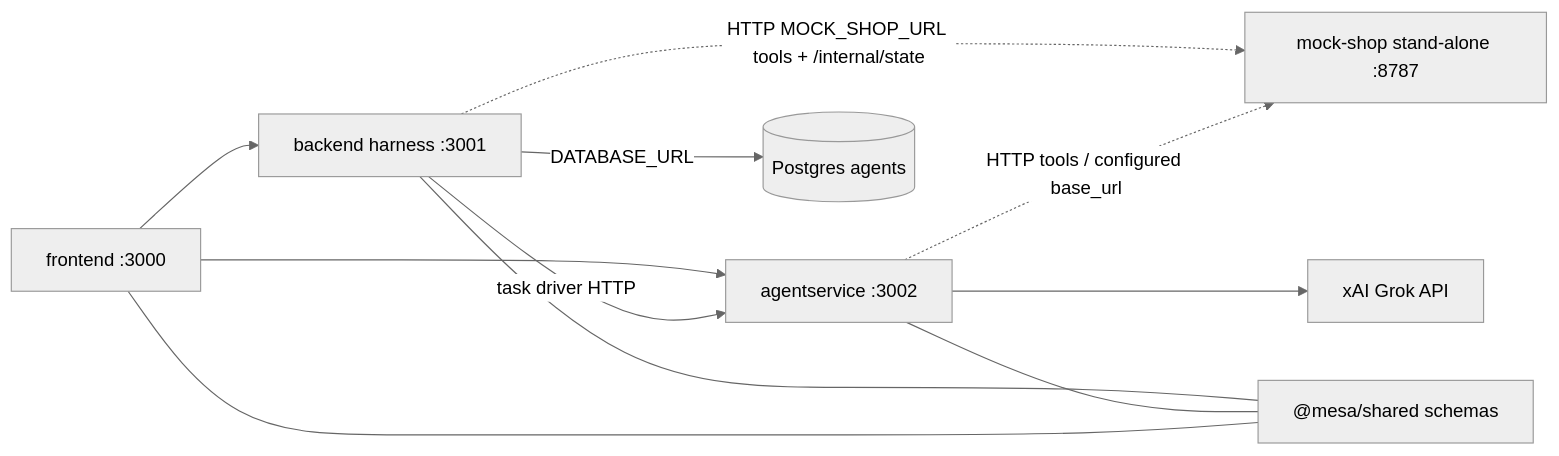
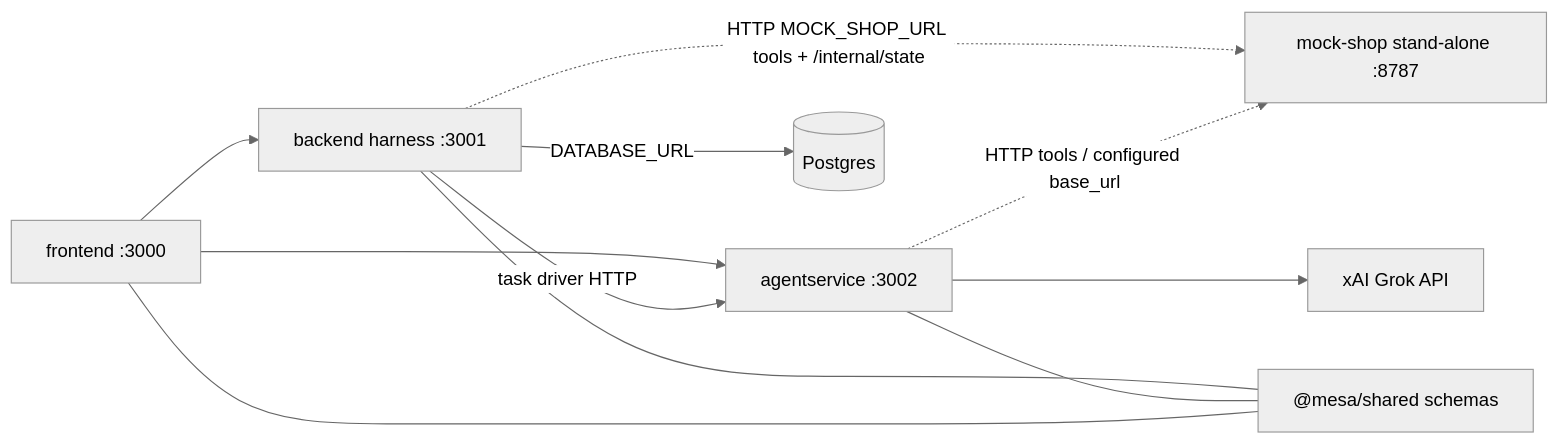
One commit to mesagroup/MESA-AgentFailureLab changed the diagram in docs/architecture.md. Above: the diagram before and after it, drawn with Mermaid (neutral theme). The commit also changed other lines of this file and 28 other files, not shown here.

First line of the commit message:
Persist runs and traces on the same Postgres as agents.

````diff
--- a/docs/architecture.md
+++ b/docs/architecture.md
@@ -5,21 +5,21 @@
 ```mermaid
 flowchart LR
   UI[frontend :3000]
   BE[backend harness :3001]
   AS[agentservice :3002]
   SHOP[mock-shop stand-alone :8787]
   XAI[xAI Grok API]
-  PG[(Postgres agents)]
+  PG[(Postgres)]
   SHARED["@mesa/shared schemas"]
 
   UI --> BE
   UI --> AS
   BE -->|task driver HTTP| AS
   BE -.->|HTTP MOCK_SHOP_URL tools + /internal/state| SHOP
   AS -.->|HTTP tools / configured base_url| SHOP
   AS --> XAI
   BE -->|DATABASE_URL| PG
   BE --- SHARED
   AS --- SHARED
   UI --- SHARED
 ```
````
